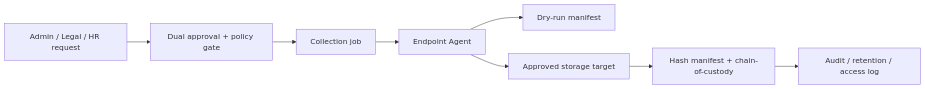
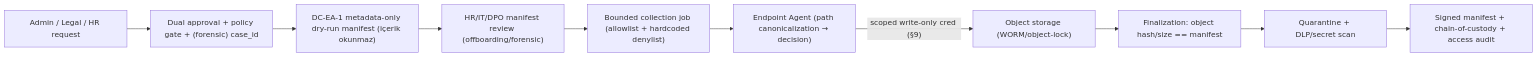
One commit to Halildeu/platform-k8s-gitops changed the diagram in docs/faz-22-endpoint-data-protection-plan.md. Above: the diagram before and after it, drawn with Mermaid. The commit also changed other lines of this file and 2 other files, not shown here.

First line of the commit message:
docs(faz-22-8): data-protection/forensic system-fit revision (Codex 019ea961 AGREE) (#1406)

````diff
--- a/docs/faz-22-endpoint-data-protection-plan.md
+++ b/docs/faz-22-endpoint-data-protection-plan.md
@@ -93,10 +130,12 @@
 ```mermaid
 flowchart LR
-  Request["Admin / Legal / HR request"] --> Approval["Dual approval + policy gate"]
-  Approval --> Job["Collection job"]
-  Job --> Agent["Endpoint Agent"]
-  Agent --> Manifest["Dry-run manifest"]
-  Agent --> Store["Approved storage target"]
-  Store --> Evidence["Hash manifest + chain-of-custody"]
-  Evidence --> Audit["Audit / retention / access log"]
+  Req["Admin / Legal / HR request"] --> Appr["Dual approval + policy gate + (forensic) case_id"]
+  Appr --> Dry["DC-EA-1 metadata-only dry-run manifest (içerik okunmaz)"]
+  Dry --> Review["HR/IT/DPO manifest review (offboarding/forensic)"]
+  Review --> Job["Bounded collection job (allowlist + hardcoded denylist)"]
+  Job --> Agent["Endpoint Agent (path canonicalization → decision)"]
+  Agent -- "scoped write-only cred (§9)" --> Store["Object storage (WORM/object-lock)"]
+  Store --> Final["Finalization: object hash/size == manifest"]
+  Final --> Quar["Quarantine + DLP/secret scan"]
+  Quar --> Evidence["Signed manifest + chain-of-custody + access audit"]
 ```
````
